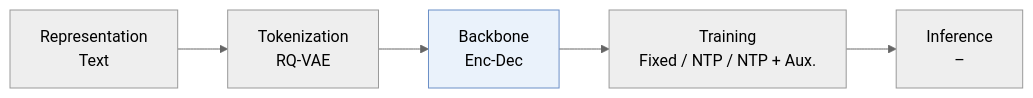
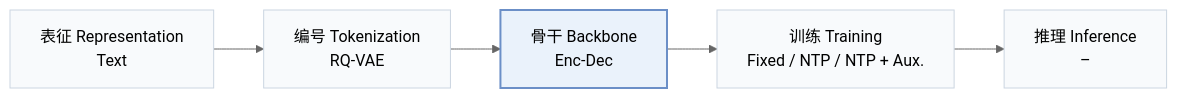
One commit to Galaxy-ghost/Awesome-SID-Generative-Rec changed the first of 2 diagrams in pages/zh/papers/loopgr.md. Above: the diagram before and after it, drawn with Mermaid (neutral theme). The commit also changed other lines of this file and 649 other files, not shown here.

Commit message:
writer-05: also tags and modality index (schema, check, build, visuals); summary field removed; calibration data for 12 papers

````diff
--- a/pages/zh/papers/loopgr.md
+++ b/pages/zh/papers/loopgr.md
@@ -13,6 +15,8 @@
 ```mermaid
 flowchart LR
-    R["Representation<br/>Text"] --> T["Tokenization<br/>RQ-VAE"] --> B["Backbone<br/>Enc-Dec"] --> TR["Training<br/>Fixed / NTP / NTP + Aux."] --> I["Inference<br/>–"]
-    classDef main fill:#eaf2fb,stroke:#6b8fc7
+    R["表征 Representation<br/>Text"] --> T["编号 Tokenization<br/>RQ-VAE"] --> B["骨干 Backbone<br/>Enc-Dec"] --> TR["训练 Training<br/>Fixed / NTP / NTP + Aux."] --> I["推理 Inference<br/>–"]
+    classDef base fill:#f8fafc,stroke:#cbd5e1
+    class R,T,B,TR,I base
+    classDef main fill:#eaf2fb,stroke:#6b8fc7,stroke-width:2px
     class B main
 ```
````
